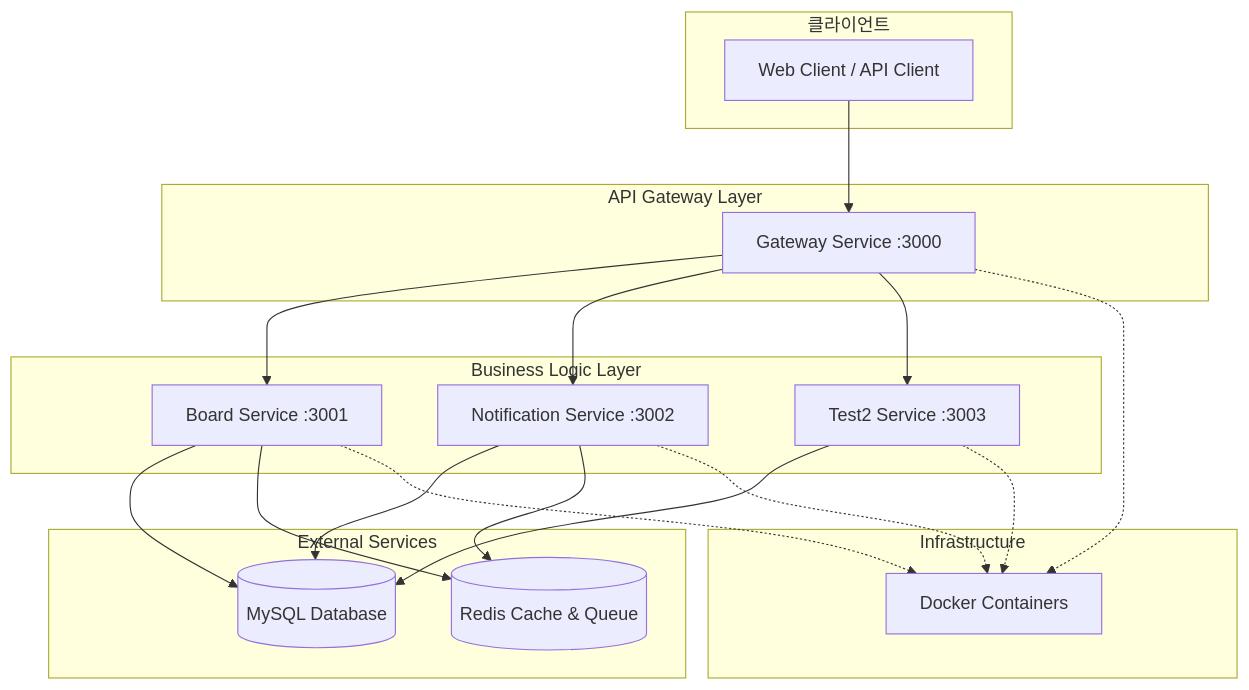
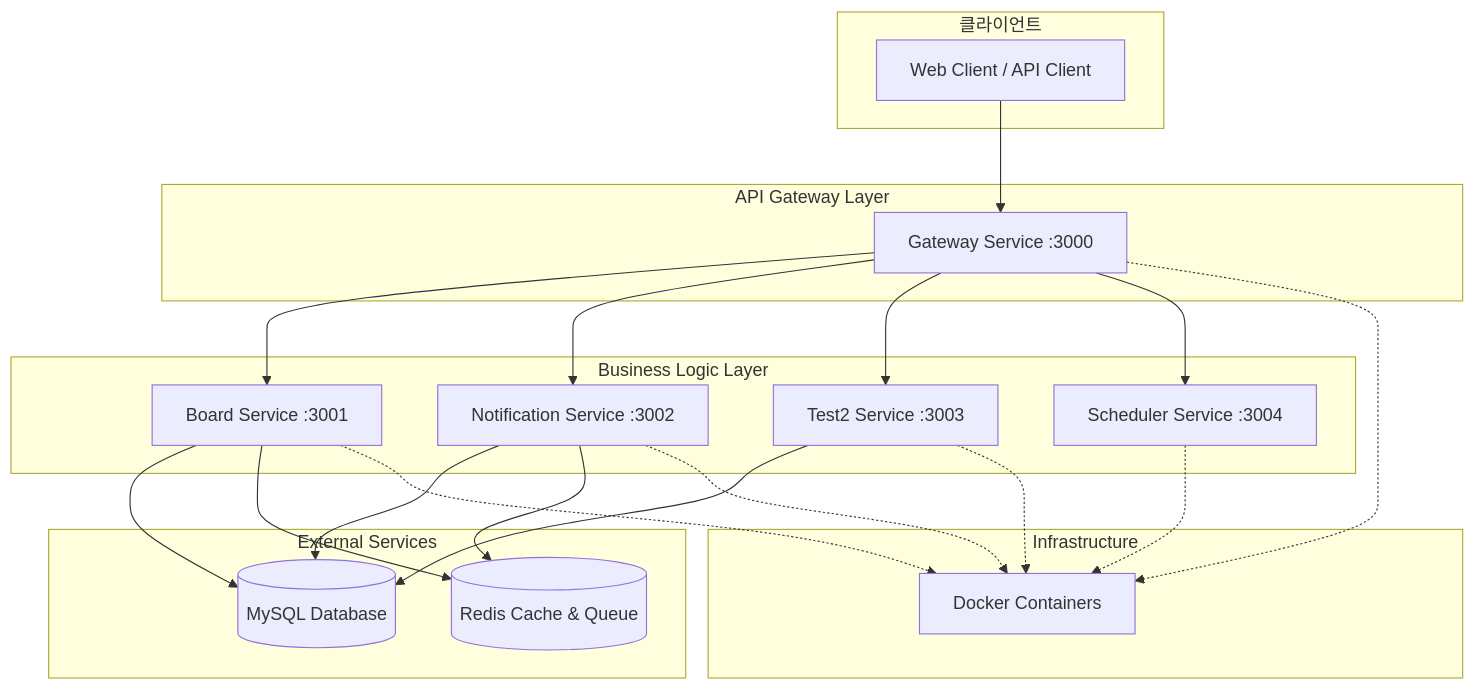
Before and after one commit to kimhyosung1/toy-project: the first of 2 diagrams in ssot/01_System_Architecture.md, drawn with Mermaid. The commit also changed other lines of this file and 104 other files, not shown here.

````diff
--- a/ssot/01_System_Architecture.md
+++ b/ssot/01_System_Architecture.md
@@ -45,41 +45,44 @@
 ```mermaid
 graph TB
     subgraph "클라이언트"
         Client[Web Client / API Client]
     end
 
     subgraph "API Gateway Layer"
         Gateway[Gateway Service :3000]
     end
 
     subgraph "Business Logic Layer"
         Board[Board Service :3001]
         Notification[Notification Service :3002]
         Test2[Test2 Service :3003]
+        Scheduler[Scheduler Service :3004]
     end
 
     subgraph "External Services"
         MySQL[(MySQL Database)]
         Redis[(Redis Cache & Queue)]
     end
 
     subgraph "Infrastructure"
         Docker[Docker Containers]
     end
 
     Client --> Gateway
     Gateway --> Board
     Gateway --> Notification
     Gateway --> Test2
+    Gateway --> Scheduler
 
     Board --> MySQL
     Board --> Redis
     Notification --> MySQL
     Notification --> Redis
     Test2 --> MySQL
 
     Gateway -.-> Docker
     Board -.-> Docker
     Notification -.-> Docker
     Test2 -.-> Docker
+    Scheduler -.-> Docker
 ```
````
